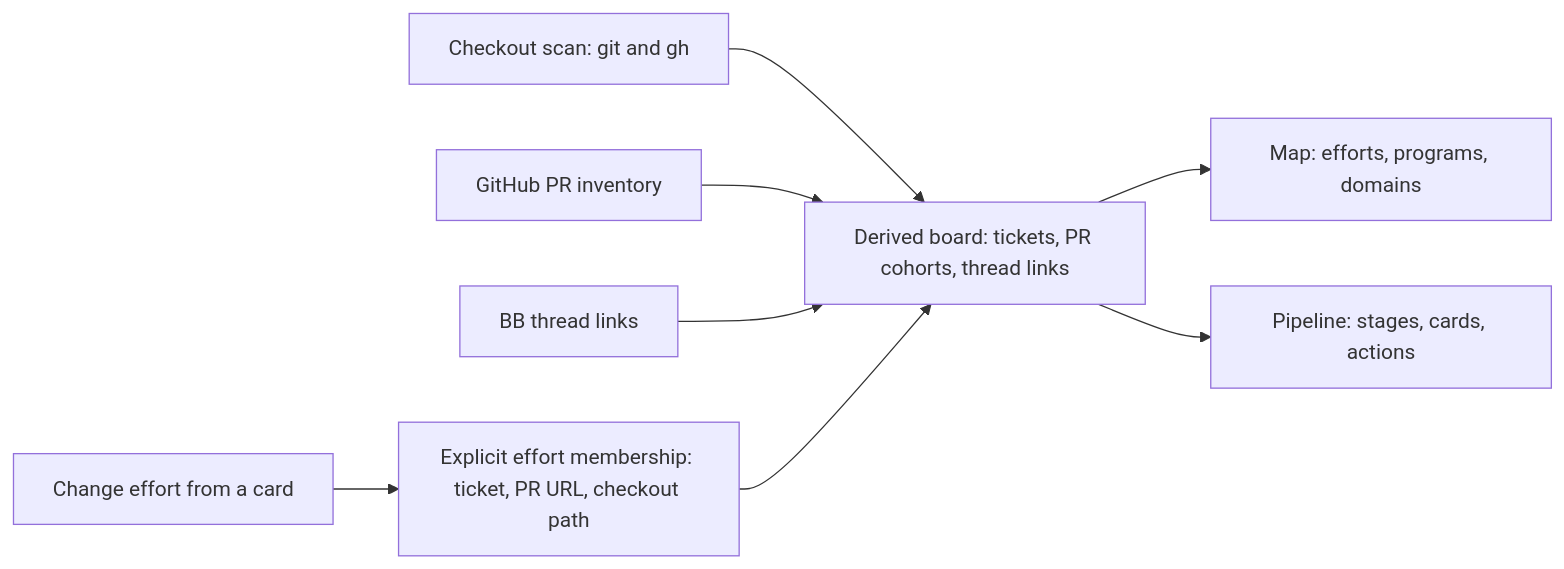
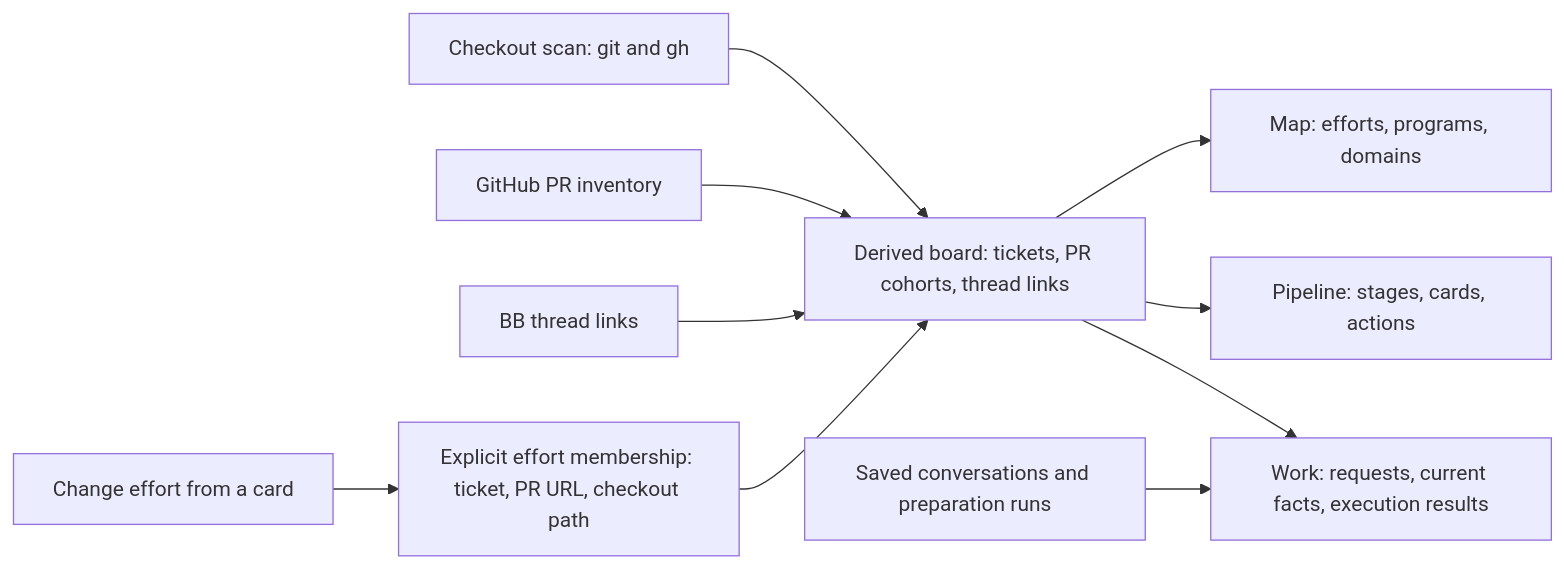
One commit to arashout/bb-plugins changed the first of 2 diagrams in plugins/workstreams/README.md. Above: the diagram before and after it, drawn with Mermaid. The commit also changed other lines of this file and 13 other files, not shown here.

Commit message:
Add a Work view for saved requests and preparation

````diff
--- a/plugins/workstreams/README.md
+++ b/plugins/workstreams/README.md
@@ -95,10 +96,12 @@
 ```mermaid
 flowchart LR
   scan["Checkout scan: git and gh"] --> context["Derived board: tickets, PR cohorts, thread links"]
   inventory["GitHub PR inventory"] --> context
   threads["BB thread links"] --> context
   members["Explicit effort membership: ticket, PR URL, checkout path"] --> context
   context --> map["Map: efforts, programs, domains"]
   context --> pipeline["Pipeline: stages, cards, actions"]
+  context --> work["Work: requests, current facts, execution results"]
+  requests["Saved conversations and preparation runs"] --> work
   change["Change effort from a card"] --> members
 ```
````
